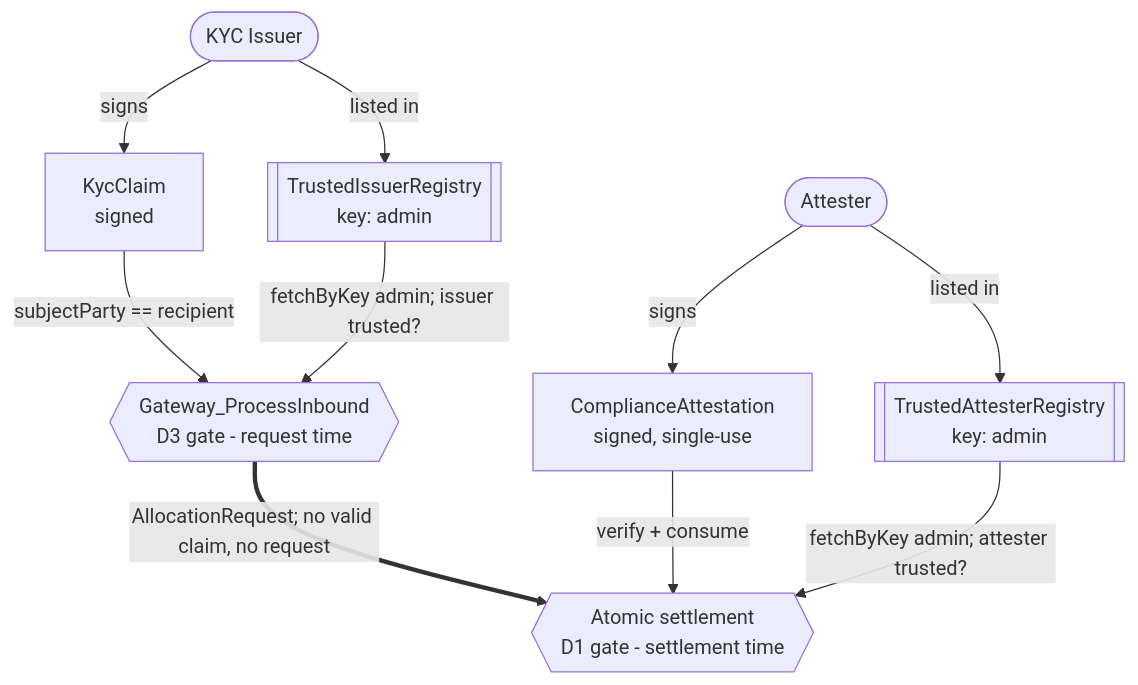
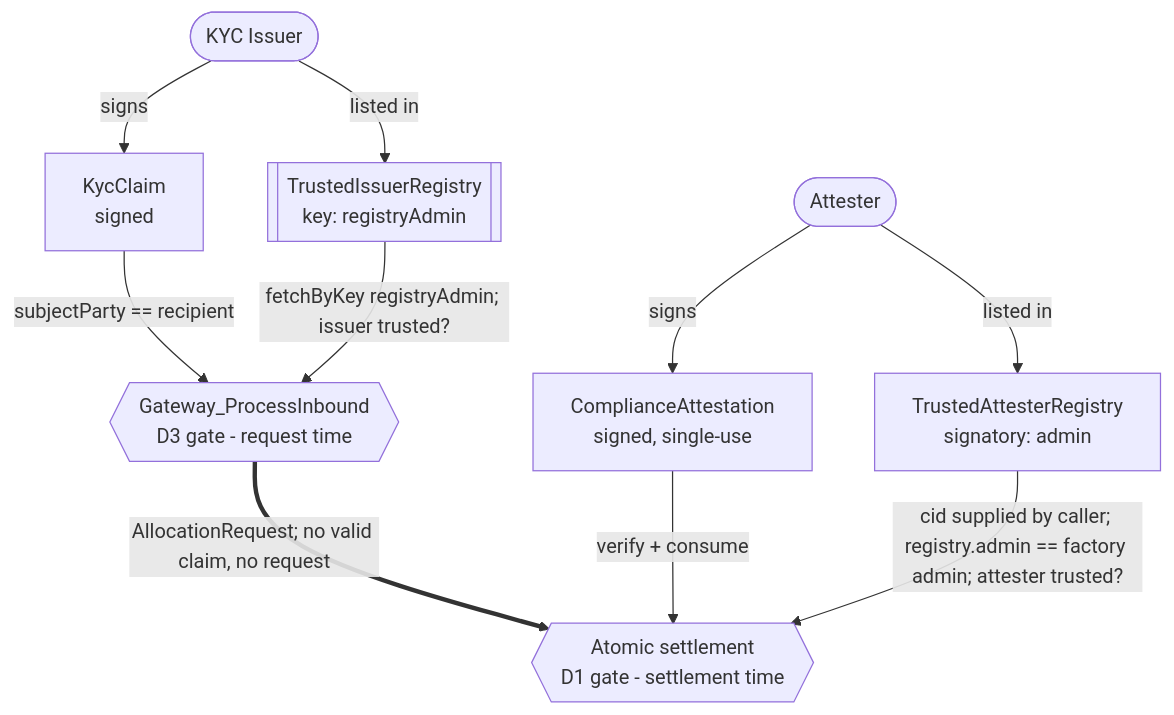
Before and after one commit to OpenZeppelin/canton-specs: the first of 5 diagrams in docs/ri-reports/03-cross-chain-stablecoin.md, drawn with Mermaid. The commit also changed other lines of this file and 1 other file, not shown here.

Commit message:
C14: fix key claims (no template declares a key; maintainers must be signatories) and show the attester registry as a caller-supplied cid validated by admin-match

````diff
--- a/docs/ri-reports/03-cross-chain-stablecoin.md
+++ b/docs/ri-reports/03-cross-chain-stablecoin.md
@@ -150,22 +150,22 @@
 ```mermaid
 flowchart TD
     Attester([Attester])
     Issuer([KYC Issuer])
-    AttReg[["TrustedAttesterRegistry<br/>key: admin"]]
-    IssReg[["TrustedIssuerRegistry<br/>key: admin"]]
+    AttReg["TrustedAttesterRegistry<br/>signatory: admin"]
+    IssReg[["TrustedIssuerRegistry<br/>key: registryAdmin"]]
     Attn["ComplianceAttestation<br/>signed, single-use"]
     Kyc["KycClaim<br/>signed"]
     GW{{"Gateway_ProcessInbound<br/>D3 gate - request time"}}
     Settle{{"Atomic settlement<br/>D1 gate - settlement time"}}
 
     Issuer -->|"listed in"| IssReg
     Issuer -->|"signs"| Kyc
     Kyc -->|"subjectParty == recipient"| GW
-    IssReg -->|"fetchByKey admin; issuer trusted?"| GW
+    IssReg -->|"fetchByKey registryAdmin; issuer trusted?"| GW
     GW ==>|"AllocationRequest; no valid claim, no request"| Settle
 
     Attester -->|"listed in"| AttReg
     Attester -->|"signs"| Attn
     Attn -->|"verify + consume"| Settle
-    AttReg -->|"fetchByKey admin; attester trusted?"| Settle
+    AttReg -->|"cid supplied by caller; registry.admin == factory admin; attester trusted?"| Settle
 ```
````
